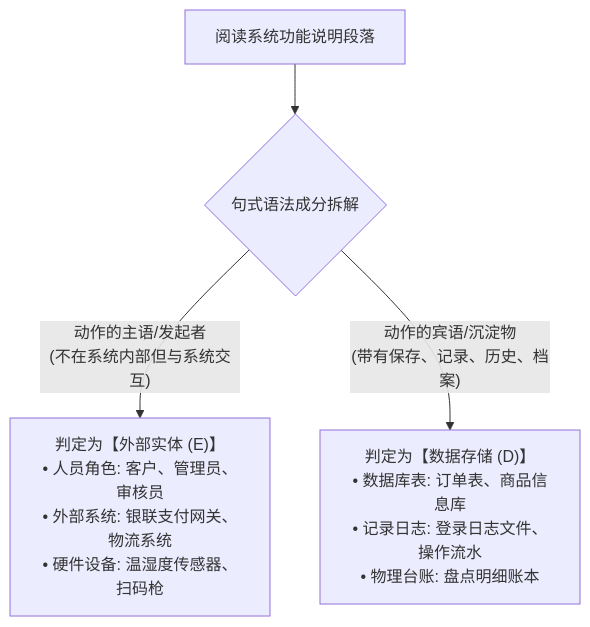
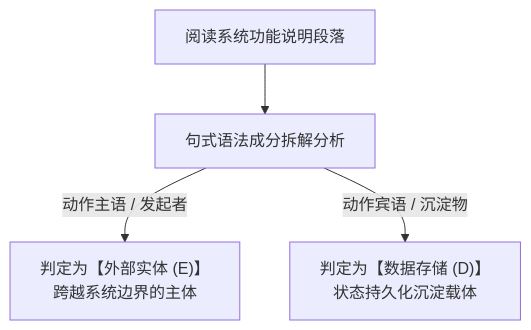
Before and after one commit to atengk/ruankao-software-designer: the first of 2 diagrams in docs/pm-application/01-data-flow-diagram/index.md, drawn with Mermaid. The commit also changed other lines of this file and 11 other files, not shown here.

Commit message:
feat(docs): 新增沉浸式阅读模式并修复图表渲染与页面布局

````diff
--- a/docs/pm-application/01-data-flow-diagram/index.md
+++ b/docs/pm-application/01-data-flow-diagram/index.md
@@ -43,8 +43,7 @@
 ```mermaid
 flowchart TD
-    READ["阅读系统功能说明段落"] --> SPLIT{"句式语法成分拆解"}
+    READ["阅读系统功能说明段落"] --> SPLIT["句式语法成分拆解分析"]
     
-    SPLIT -->|"动作的主语/发起者<br/>(不在系统内部但与系统交互)"| ENTITY["判定为【外部实体 (E)】<br/>• 人员角色: 客户、管理员、审核员<br/>• 外部系统: 银联支付网关、物流系统<br/>• 硬件设备: 温湿度传感器、扫码枪"]
-    
-    SPLIT -->|"动作的宾语/沉淀物<br/>(带有保存、记录、历史、档案)"| STORE["判定为【数据存储 (D)】<br/>• 数据库表: 订单表、商品信息库<br/>• 记录日志: 登录日志文件、操作流水<br/>• 物理台账: 盘点明细账本"]
+    SPLIT -->|"动作主语 / 发起者"| ENTITY["判定为【外部实体 (E)】<br/>跨越系统边界的主体"]
+    SPLIT -->|"动作宾语 / 沉淀物"| STORE["判定为【数据存储 (D)】<br/>状态持久化沉淀载体"]
 ```
````
